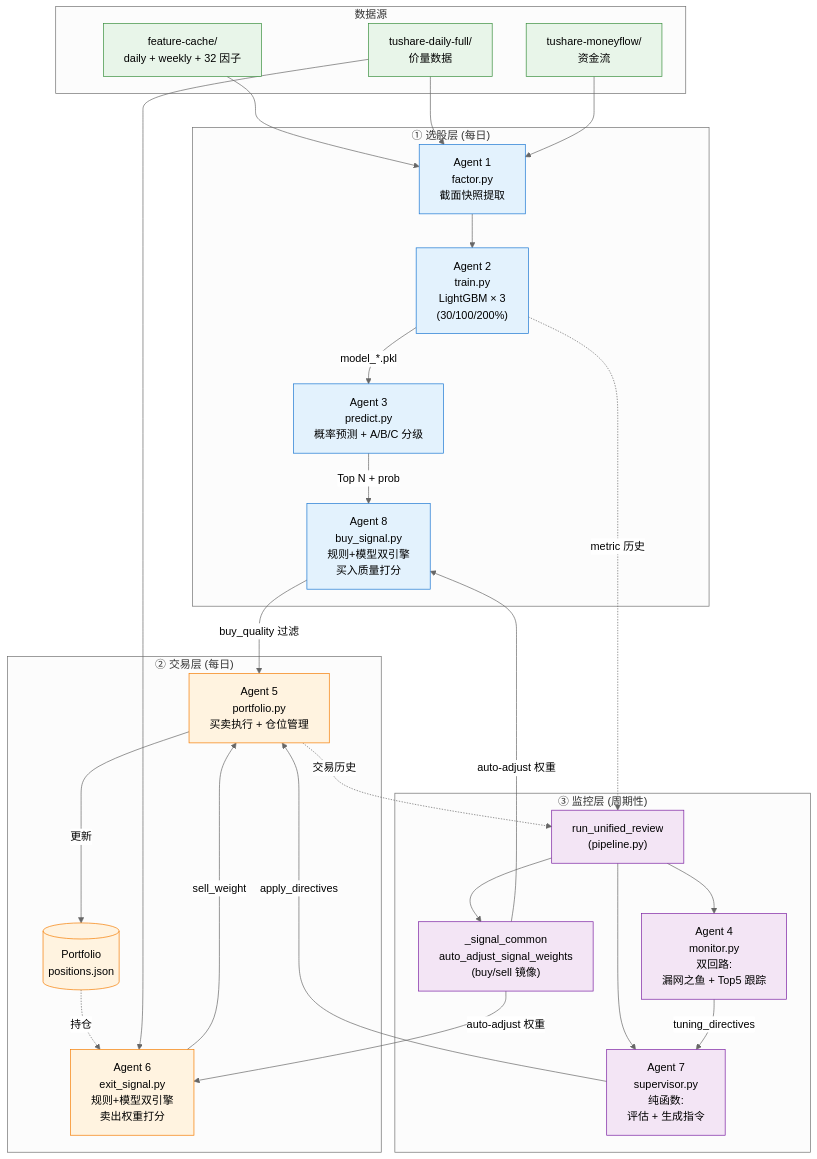
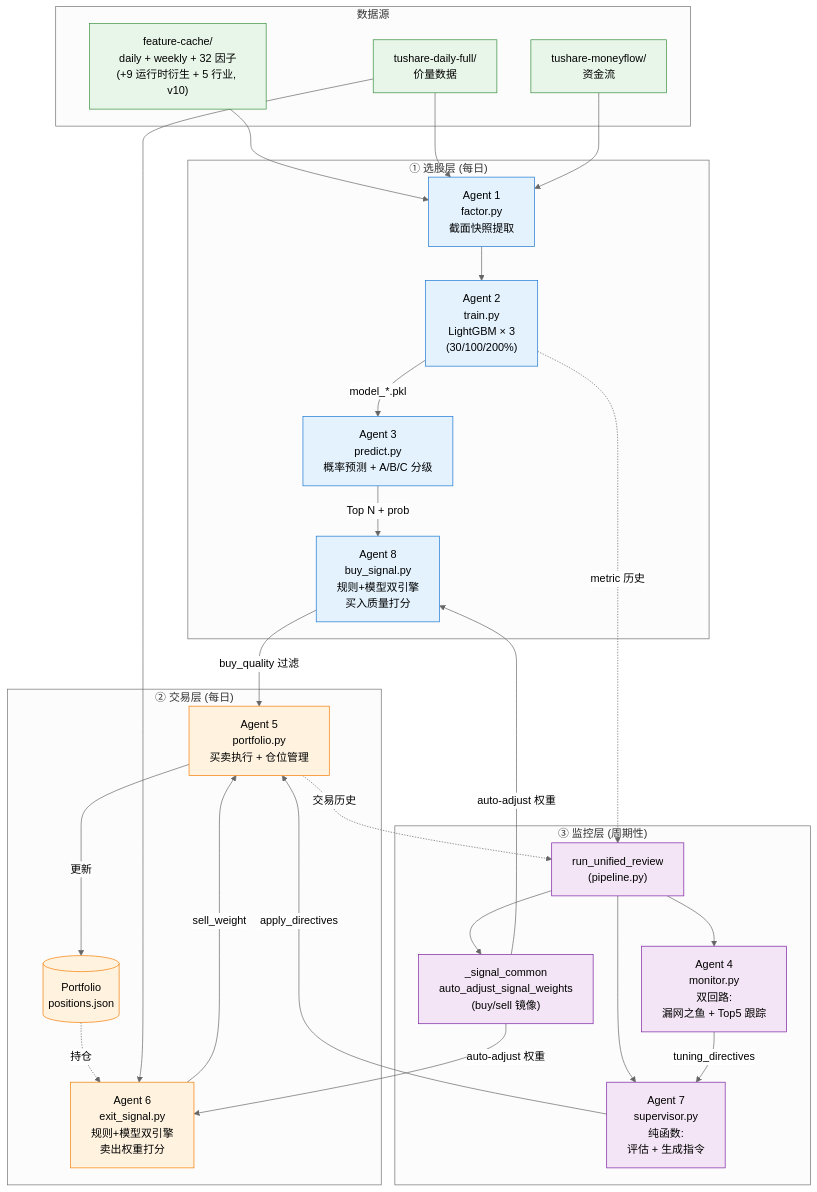
The diagram in src/strategy/factor_model_selection/memory/PIPELINE_OVERVIEW.md (xtangxtang/gp-quant), drawn with Mermaid (neutral theme) before and after one commit. The commit also changed other lines of this file and 10 other files, not shown here.

````diff
--- a/src/strategy/factor_model_selection/memory/PIPELINE_OVERVIEW.md
+++ b/src/strategy/factor_model_selection/memory/PIPELINE_OVERVIEW.md
@@ -84,60 +84,60 @@
 ```mermaid
 flowchart TB
     subgraph DATA["数据源"]
-        FC["feature-cache/<br/>daily + weekly + 32 因子"]
+        FC["feature-cache/<br/>daily + weekly + 32 因子<br/>(+9 运行时衍生 + 5 行业, v10)"]
         DAILY["tushare-daily-full/<br/>价量数据"]
         MF["tushare-moneyflow/<br/>资金流"]
     end
 
     subgraph SELECT["① 选股层 (每日)"]
         A1["Agent 1<br/>factor.py<br/>截面快照提取"]
         A2["Agent 2<br/>train.py<br/>LightGBM × 3<br/>(30/100/200%)"]
         A3["Agent 3<br/>predict.py<br/>概率预测 + A/B/C 分级"]
         A8["Agent 8<br/>buy_signal.py<br/>规则+模型双引擎<br/>买入质量打分"]
     end
 
     subgraph TRADE["② 交易层 (每日)"]
         A5["Agent 5<br/>portfolio.py<br/>买卖执行 + 仓位管理"]
         A6["Agent 6<br/>exit_signal.py<br/>规则+模型双引擎<br/>卖出权重打分"]
         PORT[("Portfolio<br/>positions.json")]
     end
 
     subgraph MONITOR["③ 监控层 (周期性)"]
         UR["run_unified_review<br/>(pipeline.py)"]
         A4["Agent 4<br/>monitor.py<br/>双回路:<br/>漏网之鱼 + Top5 跟踪"]
         A7["Agent 7<br/>supervisor.py<br/>纯函数:<br/>评估 + 生成指令"]
         SC["_signal_common<br/>auto_adjust_signal_weights<br/>(buy/sell 镜像)"]
     end
 
     FC --> A1
     DAILY --> A1
     MF --> A1
     A1 --> A2
     A2 -->|model_*.pkl| A3
     A3 -->|Top N + prob| A8
     A8 -->|buy_quality 过滤| A5
 
     PORT -.持仓.-> A6
     DAILY --> A6
     A6 -->|sell_weight| A5
     A5 -->|更新| PORT
 
     A5 -.交易历史.-> UR
     A2 -.metric 历史.-> UR
     UR --> A4
     UR --> A7
     A4 -->|tuning_directives| A7
     A7 -->|apply_directives| A5
     UR --> SC
     SC -->|auto-adjust 权重| A6
     SC -->|auto-adjust 权重| A8
 
     classDef select fill:#e3f2fd,stroke:#1976d2
     classDef trade fill:#fff3e0,stroke:#f57c00
     classDef monitor fill:#f3e5f5,stroke:#7b1fa2
     classDef data fill:#e8f5e9,stroke:#388e3c
     class A1,A2,A3,A8 select
     class A5,A6,PORT trade
     class UR,A4,A7,SC monitor
     class FC,DAILY,MF data
 ```
````
